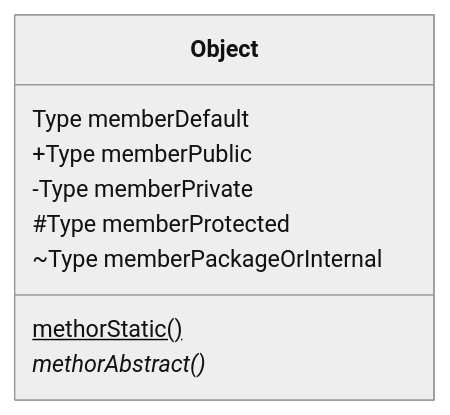
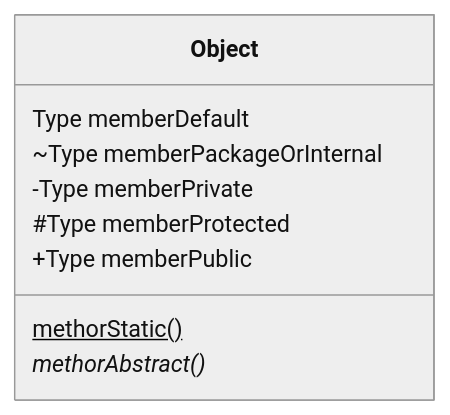
The third of 5 diagrams in docs/SoftwareEngineering/index.md (zhmhbest/HelloComputer), drawn with Mermaid (neutral theme) before and after one commit. The commit also changed other lines of this file and 5 other files, not shown here.

````diff
--- a/docs/SoftwareEngineering/index.md
+++ b/docs/SoftwareEngineering/index.md
@@ -167,12 +128,12 @@
 ```mermaid
 classDiagram
     class Object {
         Type memberDefault
-        +Type memberPublic
+        ~Type memberPackageOrInternal
         -Type memberPrivate
         #Type memberProtected
-        ~Type memberPackageOrInternal
+        +Type memberPublic
         methorStatic()$
         methorAbstract()*
     }
 ```
````
